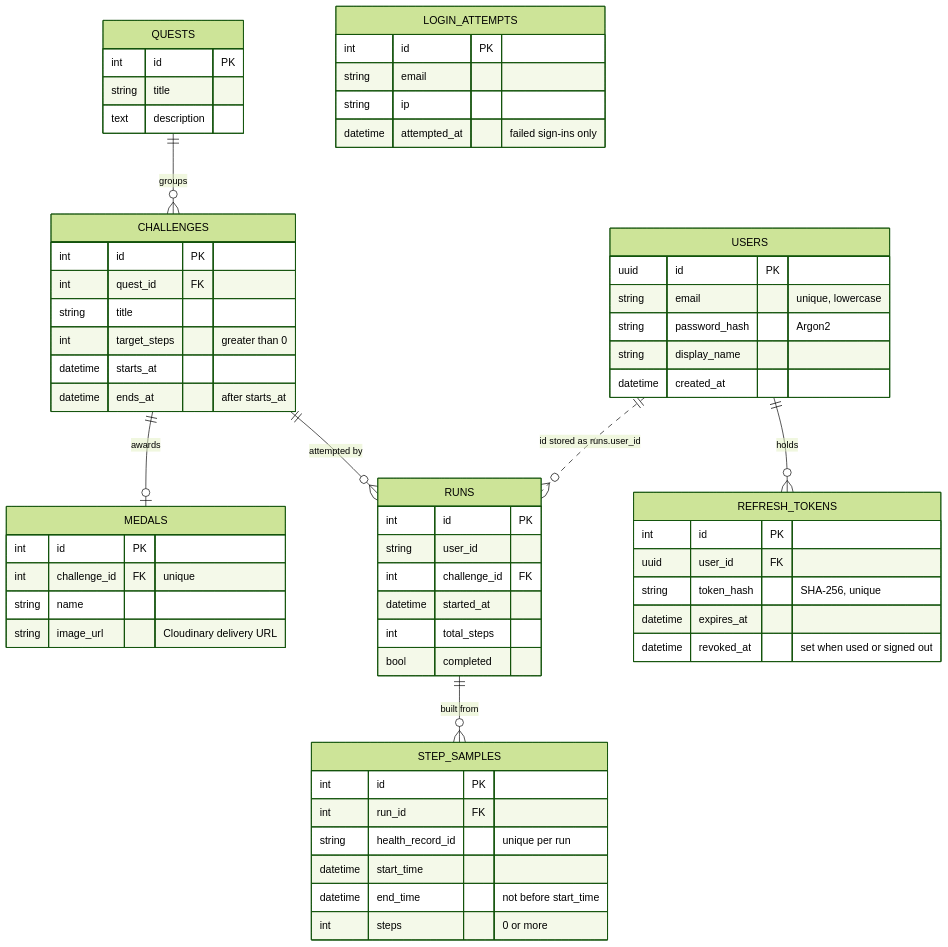
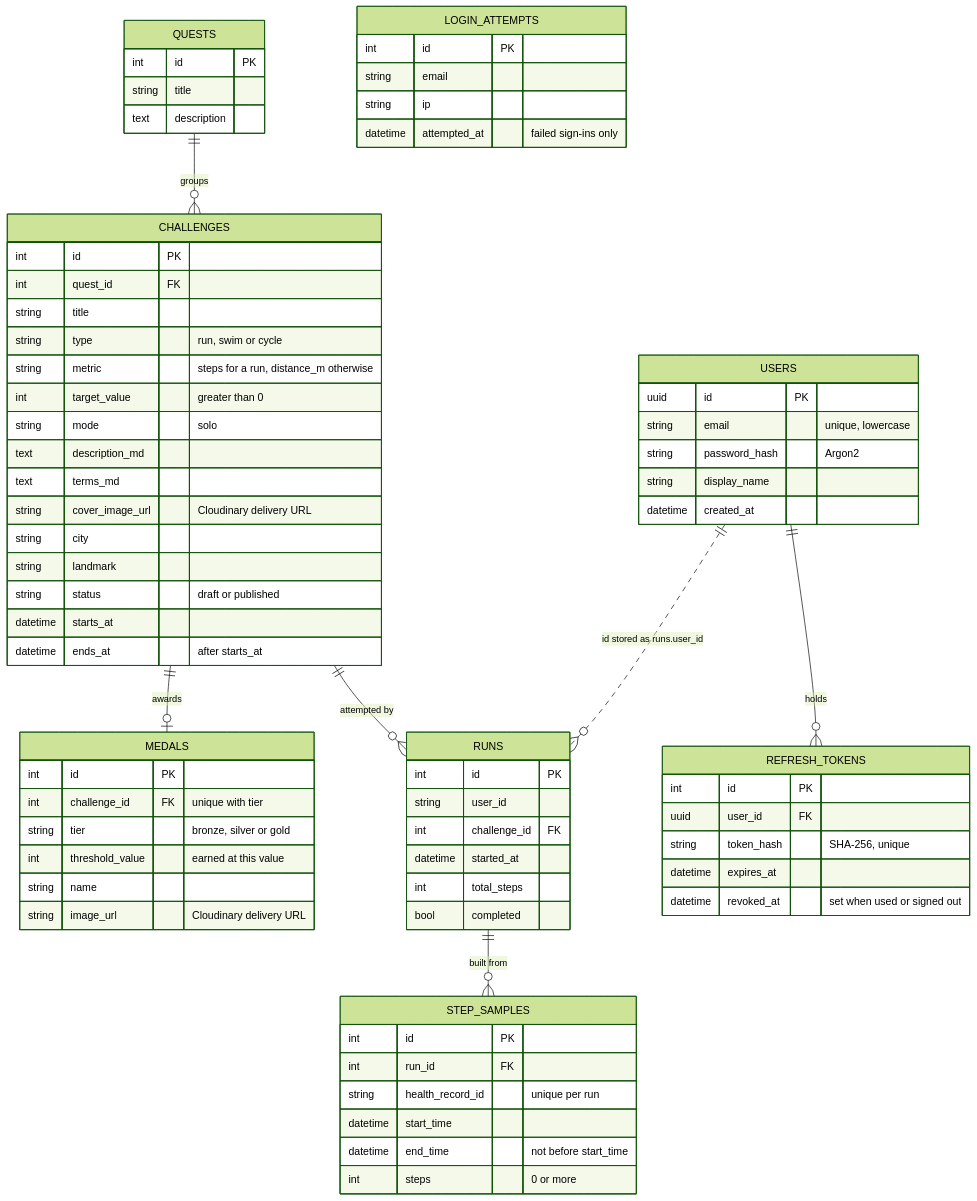
Before and after one commit to huynguyennang-agilityio/claude-code-training: the eighth of 9 diagrams in docs/architecture.md, drawn with Mermaid (forest theme). The commit also changed other lines of this file and 20 other files, not shown here.

````diff
--- a/docs/architecture.md
+++ b/docs/architecture.md
@@ -291,65 +291,76 @@
 ```mermaid
 erDiagram
     QUESTS ||--o{ CHALLENGES : groups
     CHALLENGES ||--o| MEDALS : awards
     CHALLENGES ||--o{ RUNS : "attempted by"
     RUNS ||--o{ STEP_SAMPLES : "built from"
     USERS ||--o{ REFRESH_TOKENS : holds
     USERS ||..o{ RUNS : "id stored as runs.user_id"
 
     QUESTS {
         int id PK
         string title
         text description
     }
     CHALLENGES {
         int id PK
         int quest_id FK
         string title
-        int target_steps "greater than 0"
+        string type "run, swim or cycle"
+        string metric "steps for a run, distance_m otherwise"
+        int target_value "greater than 0"
+        string mode "solo"
+        text description_md
+        text terms_md
+        string cover_image_url "Cloudinary delivery URL"
+        string city
+        string landmark
+        string status "draft or published"
         datetime starts_at
         datetime ends_at "after starts_at"
     }
     MEDALS {
         int id PK
-        int challenge_id FK "unique"
+        int challenge_id FK "unique with tier"
+        string tier "bronze, silver or gold"
+        int threshold_value "earned at this value"
         string name
         string image_url "Cloudinary delivery URL"
     }
     RUNS {
         int id PK
         string user_id
         int challenge_id FK
         datetime started_at
         int total_steps
         bool completed
     }
     STEP_SAMPLES {
         int id PK
         int run_id FK
         string health_record_id "unique per run"
         datetime start_time
         datetime end_time "not before start_time"
         int steps "0 or more"
     }
     USERS {
         uuid id PK
         string email "unique, lowercase"
         string password_hash "Argon2"
         string display_name
         datetime created_at
     }
     REFRESH_TOKENS {
         int id PK
         uuid user_id FK
         string token_hash "SHA-256, unique"
         datetime expires_at
         datetime revoked_at "set when used or signed out"
     }
     LOGIN_ATTEMPTS {
         int id PK
         string email
         string ip
         datetime attempted_at "failed sign-ins only"
     }
 ```
````
